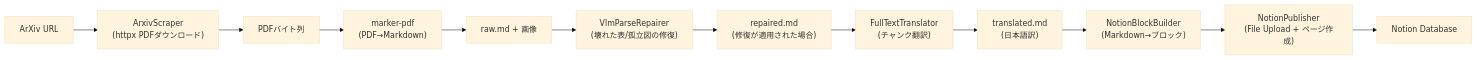
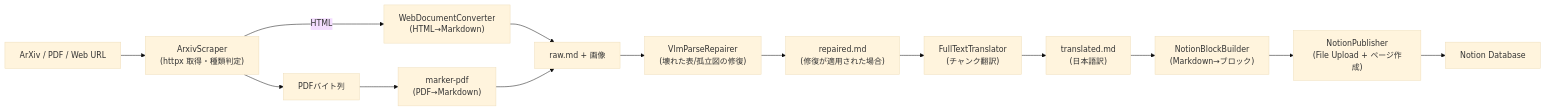
The seventh of 17 diagrams in docs/core/architecture.md (aidotters/minitools), drawn with Mermaid (base theme) before and after one commit. The commit also changed other lines of this file and 12 other files, not shown here.

First line of the commit message:
feat(arxiv-translate): arXiv 以外の一般 PDF・Webページの全文翻訳に対応

````diff
--- a/docs/core/architecture.md
+++ b/docs/core/architecture.md
@@ -354,14 +354,16 @@
 ```mermaid
 flowchart LR
-    A["ArXiv URL"] --> B["ArxivScraper\n(httpx PDFダウンロード)"]
+    A["ArXiv / PDF / Web URL"] --> B["ArxivScraper\n(httpx 取得・種類判定)"]
     B --> C["PDFバイト列"]
+    B -->|HTML| W["WebDocumentConverter\n(HTML→Markdown)"]
+    W --> E
     C --> D["marker-pdf\n(PDF→Markdown)"]
     D --> E["raw.md + 画像"]
     E --> F["VlmParseRepairer\n(壊れた表/孤立図の修復)"]
     F --> G["repaired.md\n(修復が適用された場合)"]
     G --> H["FullTextTranslator\n(チャンク翻訳)"]
     H --> I["translated.md\n(日本語訳)"]
     I --> J["NotionBlockBuilder\n(Markdown→ブロック)"]
     J --> K["NotionPublisher\n(File Upload + ページ作成)"]
     K --> L["Notion Database"]
 ```
````
